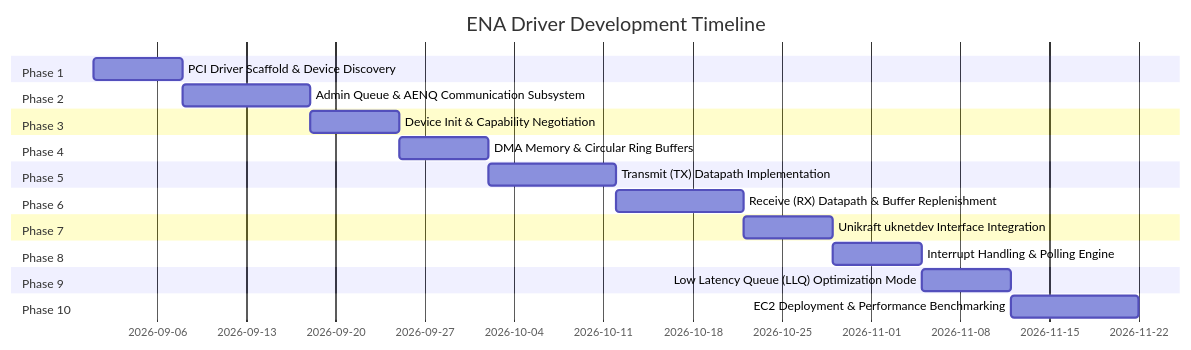
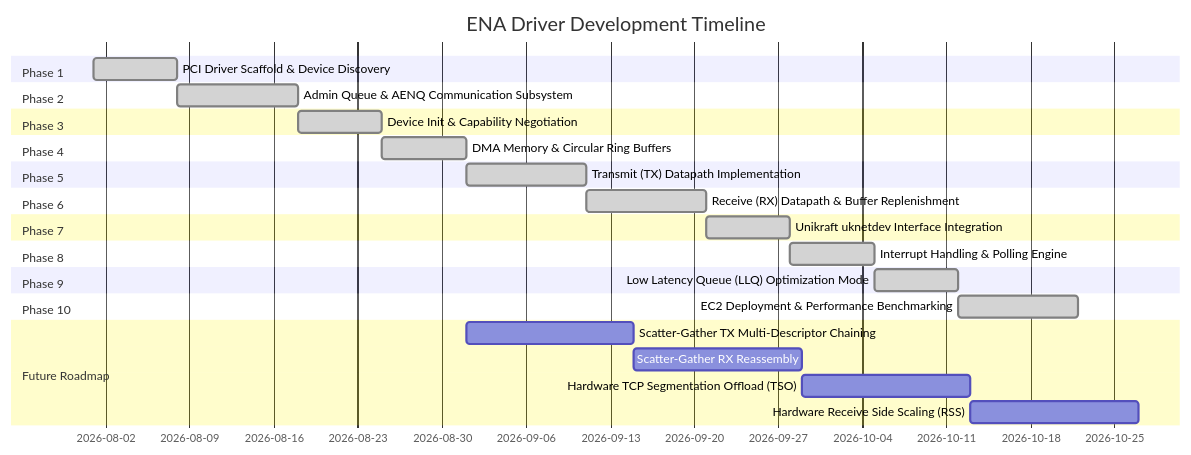
The diagram in docs/roadmap.md (sibnick/lib-ena), drawn with Mermaid before and after one commit. The commit also changed other lines of this file and 29 other files, not shown here.

First line of the commit message:
fix(core): resolve admin, interrupt, datapath, and LLQ defects

````diff
--- a/docs/roadmap.md
+++ b/docs/roadmap.md
@@ -12,25 +12,30 @@
 ```mermaid
 gantt
     title ENA Driver Development Timeline
     dateFormat  YYYY-MM-DD
     section Phase 1
-    PCI Driver Scaffold & Device Discovery       :p1, 2026-09-01, 7d
+    PCI Driver Scaffold & Device Discovery       :done, p1, 2026-08-01, 7d
     section Phase 2
-    Admin Queue & AENQ Communication Subsystem   :p2, after p1, 10d
+    Admin Queue & AENQ Communication Subsystem   :done, p2, after p1, 10d
     section Phase 3
-    Device Init & Capability Negotiation         :p3, after p2, 7d
+    Device Init & Capability Negotiation         :done, p3, after p2, 7d
     section Phase 4
-    DMA Memory & Circular Ring Buffers           :p4, after p3, 7d
+    DMA Memory & Circular Ring Buffers           :done, p4, after p3, 7d
     section Phase 5
-    Transmit (TX) Datapath Implementation        :p5, after p4, 10d
+    Transmit (TX) Datapath Implementation        :done, p5, after p4, 10d
     section Phase 6
-    Receive (RX) Datapath & Buffer Replenishment :p6, after p5, 10d
+    Receive (RX) Datapath & Buffer Replenishment :done, p6, after p5, 10d
     section Phase 7
-    Unikraft uknetdev Interface Integration      :p7, after p6, 7d
+    Unikraft uknetdev Interface Integration      :done, p7, after p6, 7d
     section Phase 8
-    Interrupt Handling & Polling Engine          :p8, after p7, 7d
+    Interrupt Handling & Polling Engine          :done, p8, after p7, 7d
     section Phase 9
-    Low Latency Queue (LLQ) Optimization Mode    :p9, after p8, 7d
+    Low Latency Queue (LLQ) Optimization Mode    :done, p9, after p8, 7d
     section Phase 10
-    EC2 Deployment & Performance Benchmarking    :p10, after p9, 10d
+    EC2 Deployment & Performance Benchmarking    :done, p10, after p9, 10d
+    section Future Roadmap
+    Scatter-Gather TX Multi-Descriptor Chaining  :p11, 2026-09-01, 14d
+    Scatter-Gather RX Reassembly                 :p12, after p11, 14d
+    Hardware TCP Segmentation Offload (TSO)      :p13, after p12, 14d
+    Hardware Receive Side Scaling (RSS)          :p14, after p13, 14d
 ```
````
